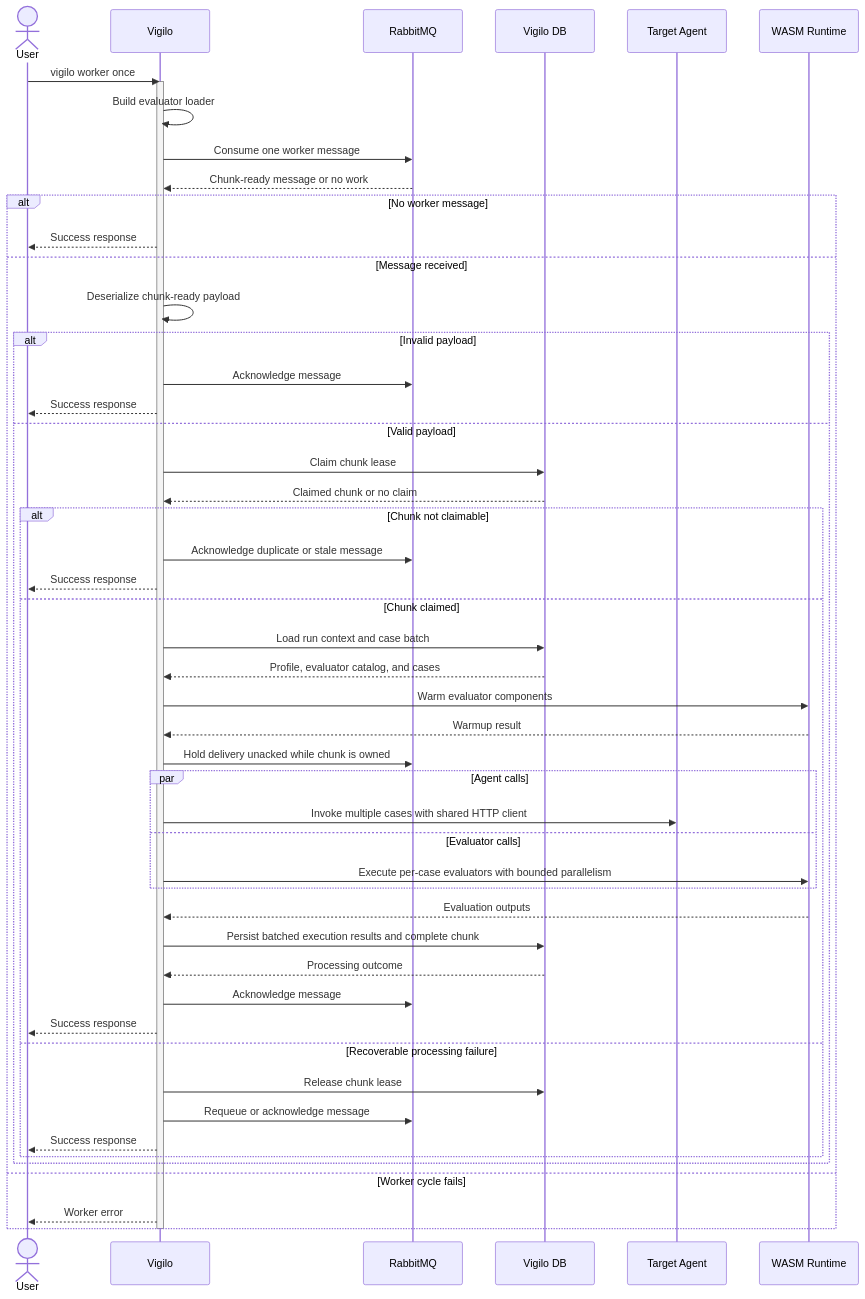
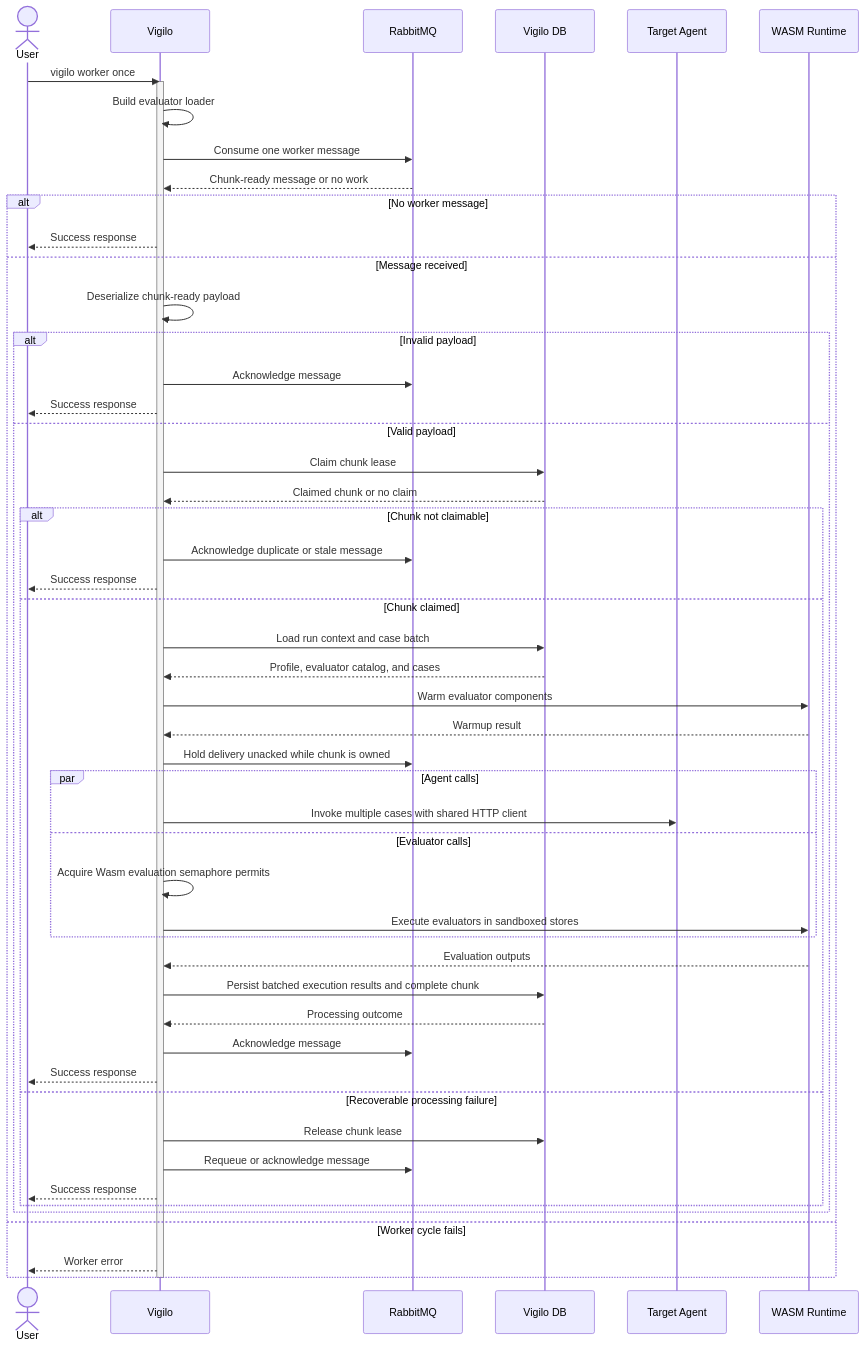
Before and after one commit to gregl83/agent-vigilo: the diagram in web/docs/architecture/flows/worker/once/execution-flow.mmd, drawn with Mermaid. The commit also changed 13 other files, not shown here.

```diff
--- a/web/docs/architecture/flows/worker/once/execution-flow.mmd
+++ b/web/docs/architecture/flows/worker/once/execution-flow.mmd
@@ -1,62 +1,63 @@
 ---
 config:
   flowchart:
     nodeSpacing: 150
     rankSpacing: 80
   themeVariables:
     edgeLabelBackground: 'transparent'
 ---
 sequenceDiagram
     actor User
     participant Vigilo
     participant Queue as RabbitMQ
     participant DB as Vigilo DB
     participant Agent as Target Agent
     participant WASM as WASM Runtime
 
     User->>Vigilo: vigilo worker once
     activate Vigilo
     Vigilo->>Vigilo: Build evaluator loader
     Vigilo->>Queue: Consume one worker message
     Queue-->>Vigilo: Chunk-ready message or no work
 
     alt No worker message
         Vigilo-->>User: Success response
     else Message received
         Vigilo->>Vigilo: Deserialize chunk-ready payload
         alt Invalid payload
             Vigilo->>Queue: Acknowledge message
             Vigilo-->>User: Success response
         else Valid payload
             Vigilo->>DB: Claim chunk lease
             DB-->>Vigilo: Claimed chunk or no claim
 
             alt Chunk not claimable
                 Vigilo->>Queue: Acknowledge duplicate or stale message
                 Vigilo-->>User: Success response
             else Chunk claimed
                 Vigilo->>DB: Load run context and case batch
                 DB-->>Vigilo: Profile, evaluator catalog, and cases
                 Vigilo->>WASM: Warm evaluator components
                 WASM-->>Vigilo: Warmup result
                 Vigilo->>Queue: Hold delivery unacked while chunk is owned
                 par Agent calls
                     Vigilo->>Agent: Invoke multiple cases with shared HTTP client
                 and Evaluator calls
-                    Vigilo->>WASM: Execute per-case evaluators with bounded parallelism
+                    Vigilo->>Vigilo: Acquire Wasm evaluation semaphore permits
+                    Vigilo->>WASM: Execute evaluators in sandboxed stores
                 end
                 WASM-->>Vigilo: Evaluation outputs
                 Vigilo->>DB: Persist batched execution results and complete chunk
                 DB-->>Vigilo: Processing outcome
                 Vigilo->>Queue: Acknowledge message
                 Vigilo-->>User: Success response
             else Recoverable processing failure
                 Vigilo->>DB: Release chunk lease
                 Vigilo->>Queue: Requeue or acknowledge message
                 Vigilo-->>User: Success response
             end
         end
     else Worker cycle fails
         Vigilo-->>User: Worker error
     end
     deactivate Vigilo
```
